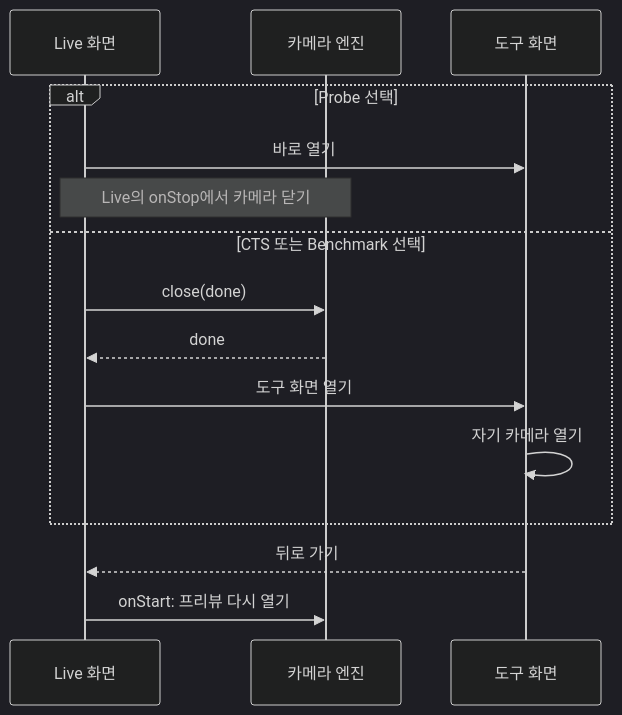
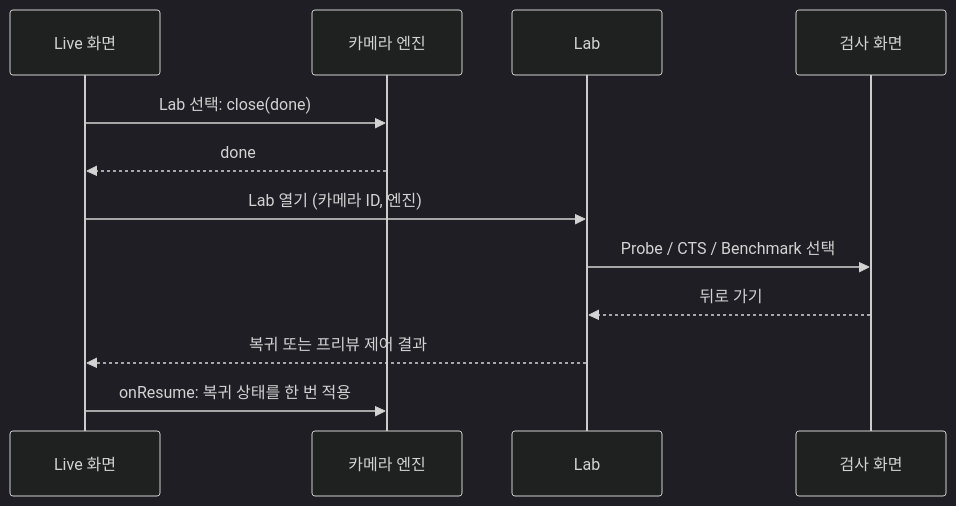
The second of 3 diagrams in docs/design/APP-UI.md (TTolsun/hal-camera), drawn with Mermaid (dark theme) before and after one commit. The commit also changed other lines of this file and 83 other files, not shown here.

````diff
--- a/docs/design/APP-UI.md
+++ b/docs/design/APP-UI.md
@@ -115,17 +109,14 @@
 ```mermaid
 sequenceDiagram
     participant L as Live 화면
     participant E as 카메라 엔진
-    participant T as 도구 화면
-    alt Probe 선택
-        L->>T: 바로 열기
-        Note over L,E: Live의 onStop에서 카메라 닫기
-    else CTS 또는 Benchmark 선택
-        L->>E: close(done)
-        E-->>L: done
-        L->>T: 도구 화면 열기
-        T->>T: 자기 카메라 열기
-    end
-    T-->>L: 뒤로 가기
-    L->>E: onStart: 프리뷰 다시 열기
+    participant W as Lab
+    participant T as 검사 화면
+    L->>E: Lab 선택: close(done)
+    E-->>L: done
+    L->>W: Lab 열기 (카메라 ID, 엔진)
+    W->>T: Probe / CTS / Benchmark 선택
+    T-->>W: 뒤로 가기
+    W-->>L: 복귀 또는 프리뷰 제어 결과
+    L->>E: onResume: 복귀 상태를 한 번 적용
 ```
````
